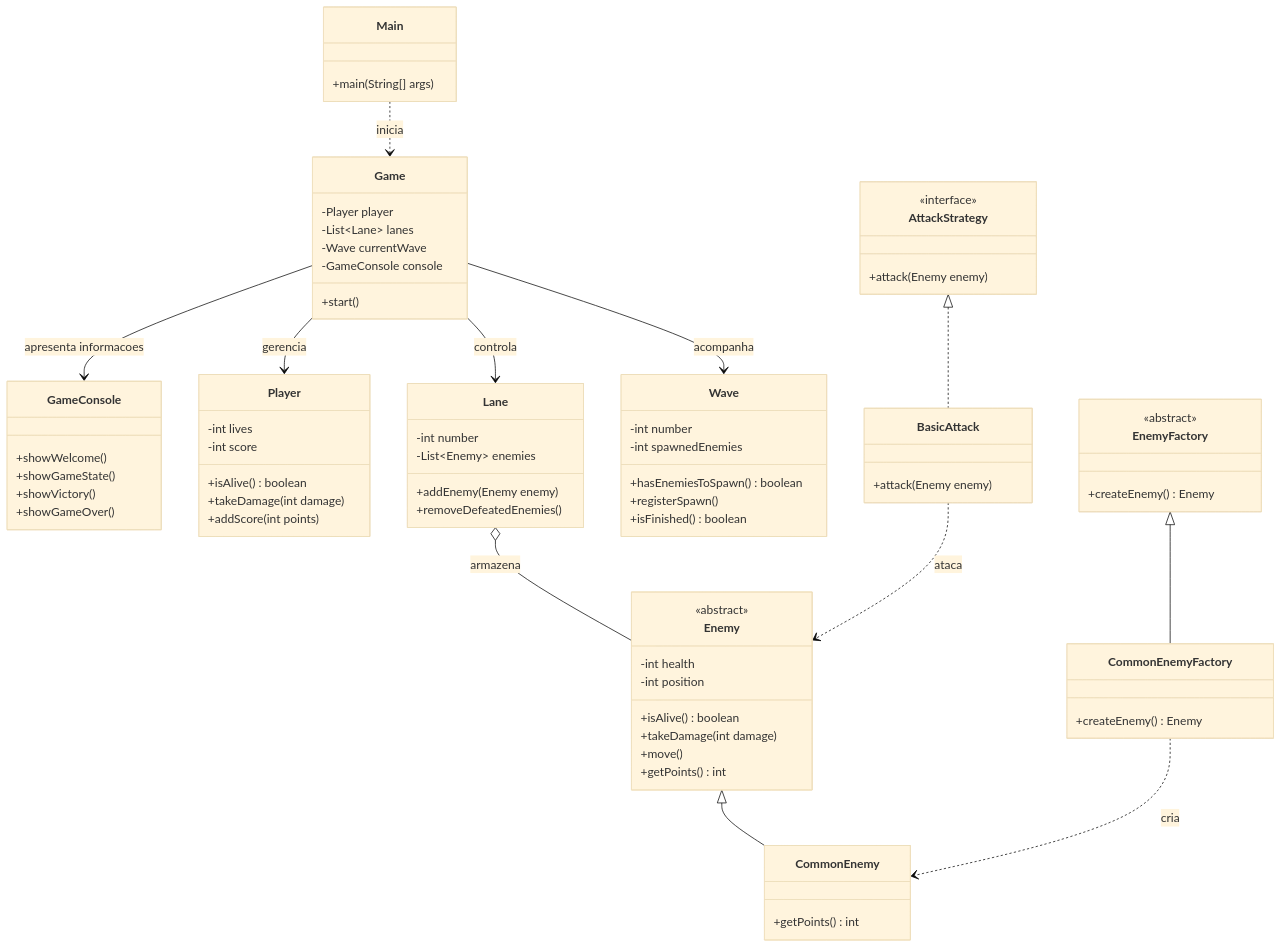
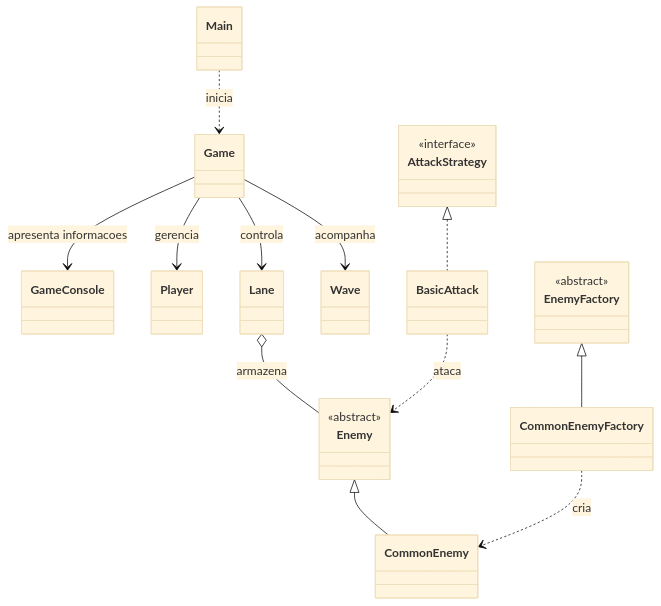
One commit to gabrielesequeira/lane-based-combat-game changed the first of 2 diagrams in README.md. Above: the diagram before and after it, drawn with Mermaid (base theme). The commit also changed other lines of this file, not shown here.

Commit message:
updating UML

````diff
--- a/README.md
+++ b/README.md
@@ -35,78 +35,23 @@
 ```mermaid
 classDiagram
-    class Main {
-        +main(String[] args)
-    }
-
-    class Game {
-        -Player player
-        -List~Lane~ lanes
-        -Wave currentWave
-        -GameConsole console
-        +start()
-    }
-
-    class GameConsole {
-        +showWelcome()
-        +showGameState()
-        +showVictory()
-        +showGameOver()
-    }
-
-    class Player {
-        -int lives
-        -int score
-        +isAlive() boolean
-        +takeDamage(int damage)
-        +addScore(int points)
-    }
-
-    class Lane {
-        -int number
-        -List~Enemy~ enemies
-        +addEnemy(Enemy enemy)
-        +removeDefeatedEnemies()
-    }
-
+    class Main
+    class Game
+    class GameConsole
+    class Player
+    class Lane
     class Enemy {
         <<abstract>>
-        -int health
-        -int position
-        +isAlive() boolean
-        +takeDamage(int damage)
-        +move()
-        +getPoints() int
     }
-
-    class CommonEnemy {
-        +getPoints() int
-    }
-
-    class Wave {
-        -int number
-        -int spawnedEnemies
-        +hasEnemiesToSpawn() boolean
-        +registerSpawn()
-        +isFinished() boolean
-    }
-
+    class CommonEnemy
+    class Wave
     class EnemyFactory {
         <<abstract>>
-        +createEnemy() Enemy
     }
-
-    class CommonEnemyFactory {
-        +createEnemy() Enemy
-    }
-
+    class CommonEnemyFactory
     class AttackStrategy {
         <<interface>>
-        +attack(Enemy enemy)
     }
-
-    class BasicAttack {
-        +attack(Enemy enemy)
-    }
+    class BasicAttack
 
     Main ..> Game : inicia
     Game --> Player : gerencia
````
